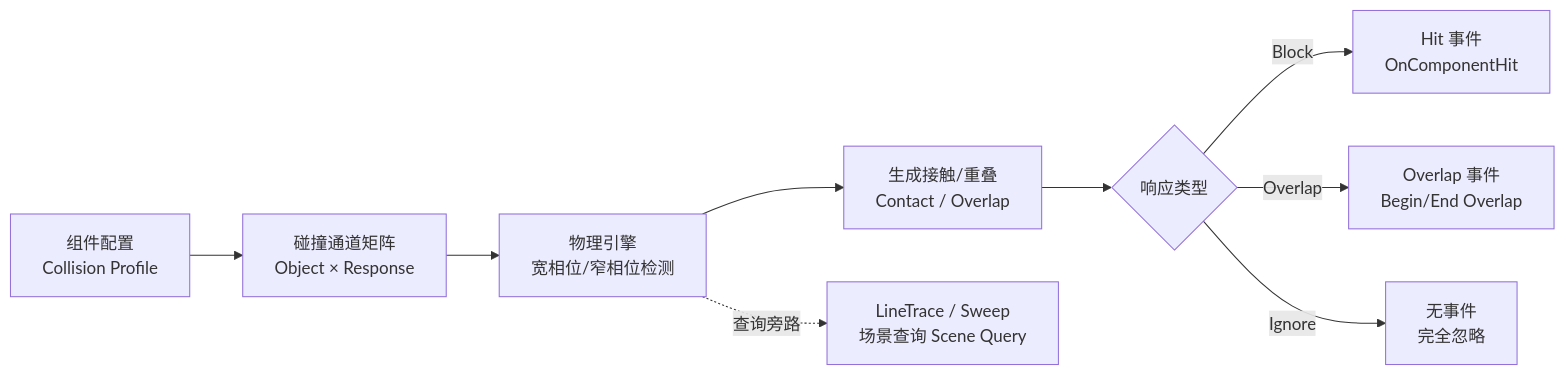
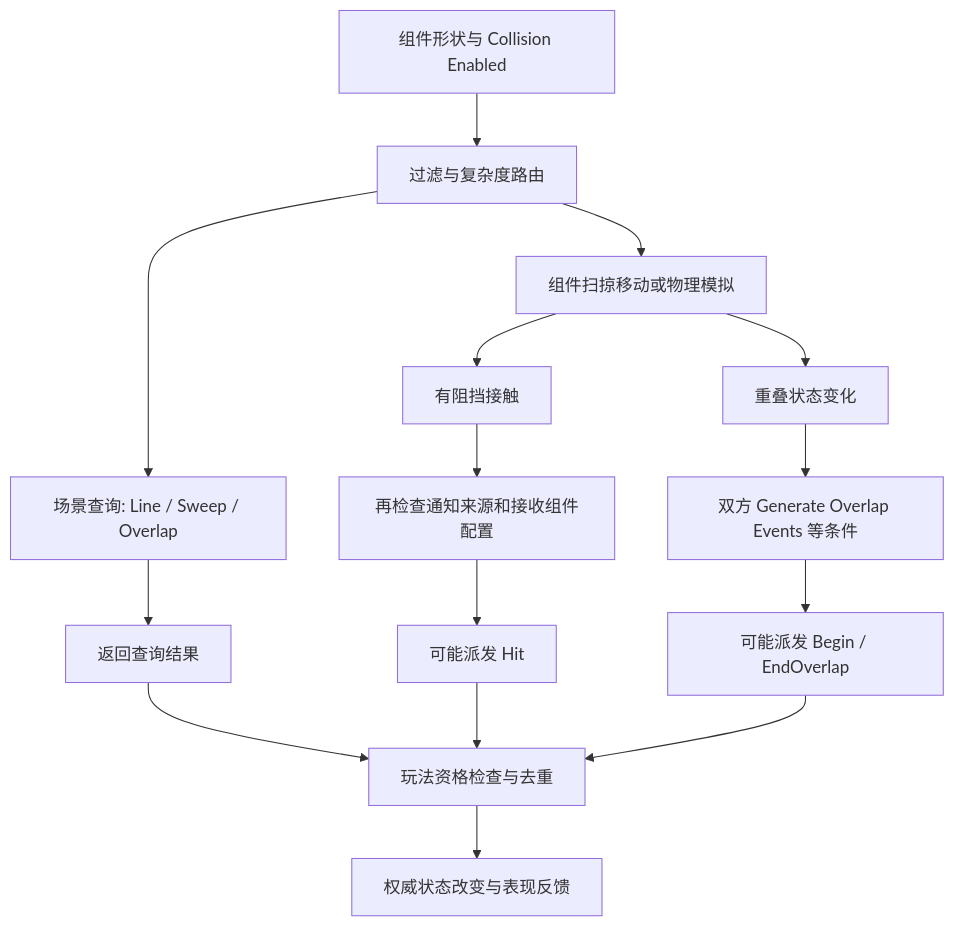
One commit to fantuan812/learning changed the diagram in 知识/04-图形动画与物理仿真/物理求解与动力学/02-碰撞检测与物理材质.md. Above: the diagram before and after it, drawn with Mermaid. The commit also changed other lines of this file and 1 other file, not shown here.

````diff
--- a/知识/04-图形动画与物理仿真/物理求解与动力学/02-碰撞检测与物理材质.md
+++ b/知识/04-图形动画与物理仿真/物理求解与动力学/02-碰撞检测与物理材质.md
@@ -28,11 +29,17 @@
 ```mermaid
-flowchart LR
-    A[组件配置<br/>Collision Profile] --> B[碰撞通道矩阵<br/>Object × Response]
-    B --> C[物理引擎<br/>宽相位/窄相位检测]
-    C --> D[生成接触/重叠<br/>Contact / Overlap]
-    D --> E{响应类型}
-    E -- Block --> F[Hit 事件<br/>OnComponentHit]
-    E -- Overlap --> G[Overlap 事件<br/>Begin/End Overlap]
-    E -- Ignore --> H[无事件<br/>完全忽略]
-    C -.查询旁路.-> I[LineTrace / Sweep<br/>场景查询 Scene Query]
+flowchart TD
+    A[组件形状与 Collision Enabled] --> B[过滤与复杂度路由]
+    B --> Q[场景查询: Line / Sweep / Overlap]
+    Q --> R[返回查询结果]
+    B --> M[组件扫掠移动或物理模拟]
+    M --> H[有阻挡接触]
+    M --> O[重叠状态变化]
+    H --> HG[再检查通知来源和接收组件配置]
+    HG --> HE[可能派发 Hit]
+    O --> OG[双方 Generate Overlap Events 等条件]
+    OG --> OE[可能派发 Begin / EndOverlap]
+    R --> G[玩法资格检查与去重]
+    HE --> G
+    OE --> G
+    G --> P[权威状态改变与表现反馈]
 ```
````
